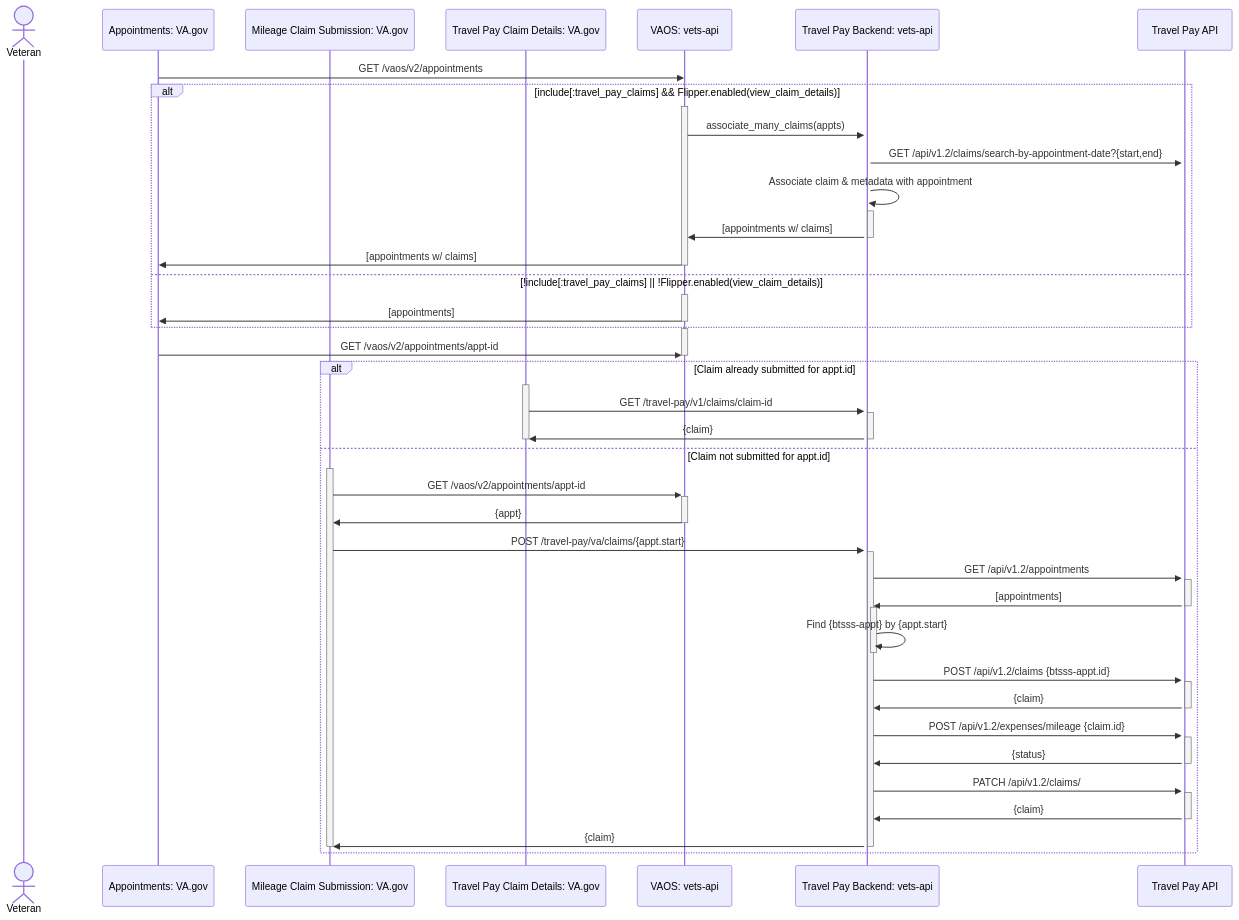
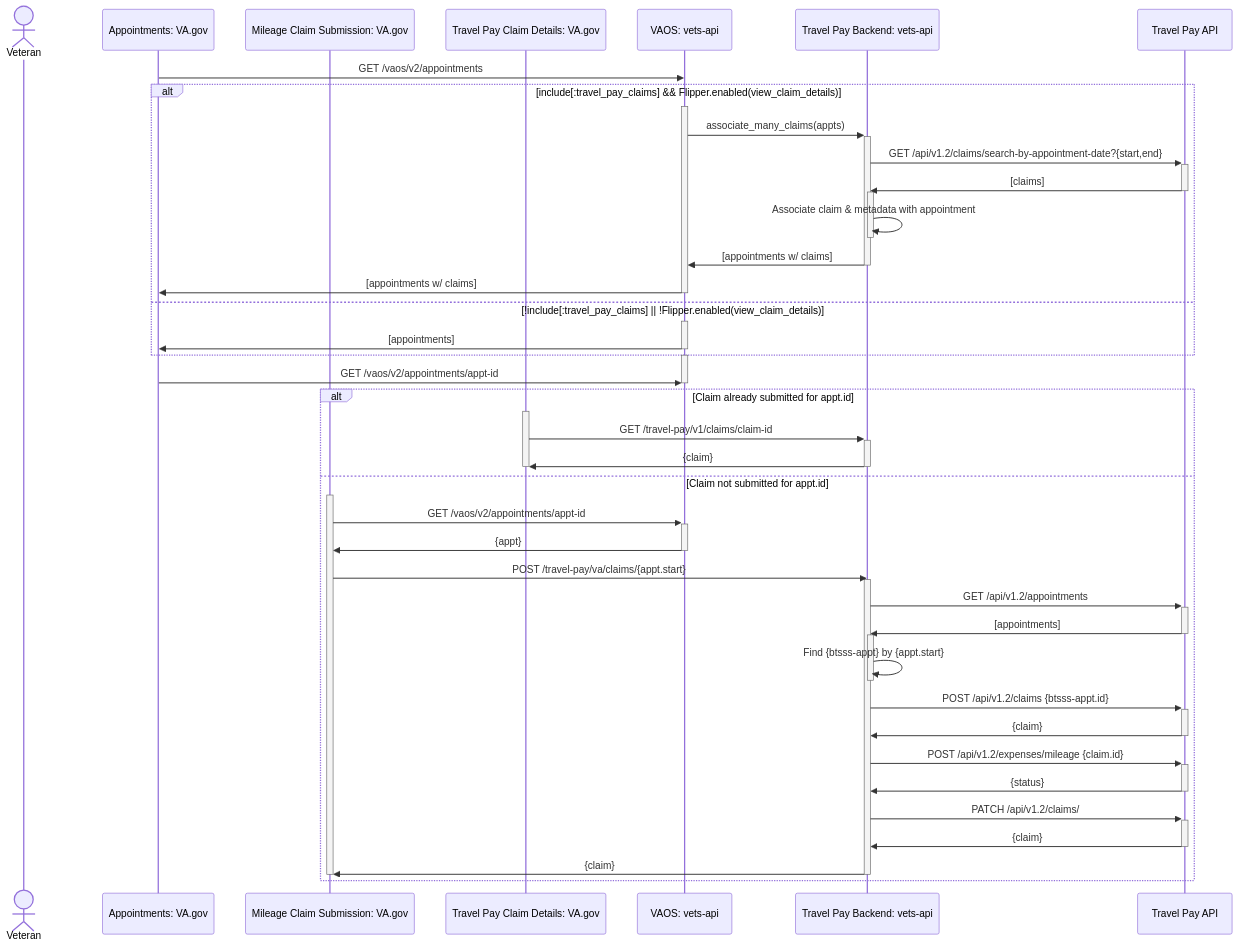
One commit to department-of-veterans-affairs/va.gov-team changed the diagram in products/health-care/beneficiary-travel/engineering/submit-claim/full-sequence-diagram.md. Above: the diagram before and after it, drawn with Mermaid.

```diff
--- a/products/health-care/beneficiary-travel/engineering/submit-claim/full-sequence-diagram.md
+++ b/products/health-care/beneficiary-travel/engineering/submit-claim/full-sequence-diagram.md
@@ -22,7 +22,12 @@
     activate vaos
       vaos ->>+ tpm: associate_many_claims(appts)
       tpm ->>+ tpapi: GET /api/v1.2/claims/search-by-appointment-date?{start,end}
-      tpm ->>+ tpm: Associate claim & metadata with appointment
+      tpapi ->>- tpm: [claims]
+
+      activate tpm
+        tpm ->> tpm: Associate claim & metadata with appointment
+      deactivate tpm
+
       tpm ->>- vaos: [appointments w/ claims]
       vaos ->> appts: [appointments w/ claims]
     deactivate vaos
```
